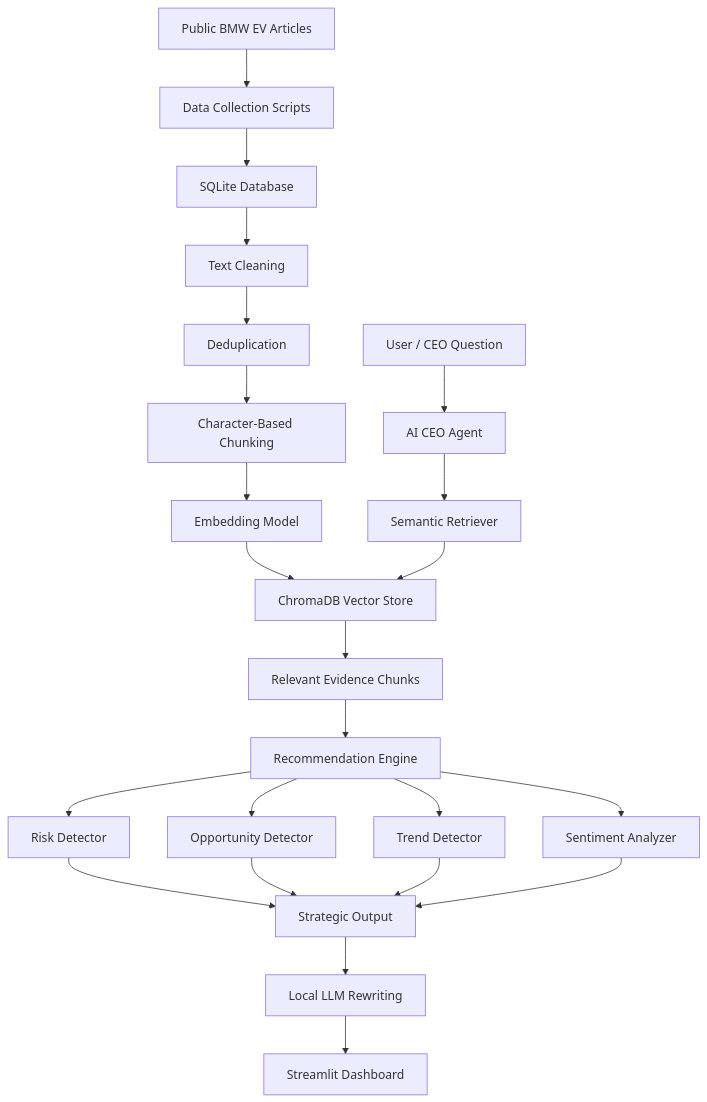
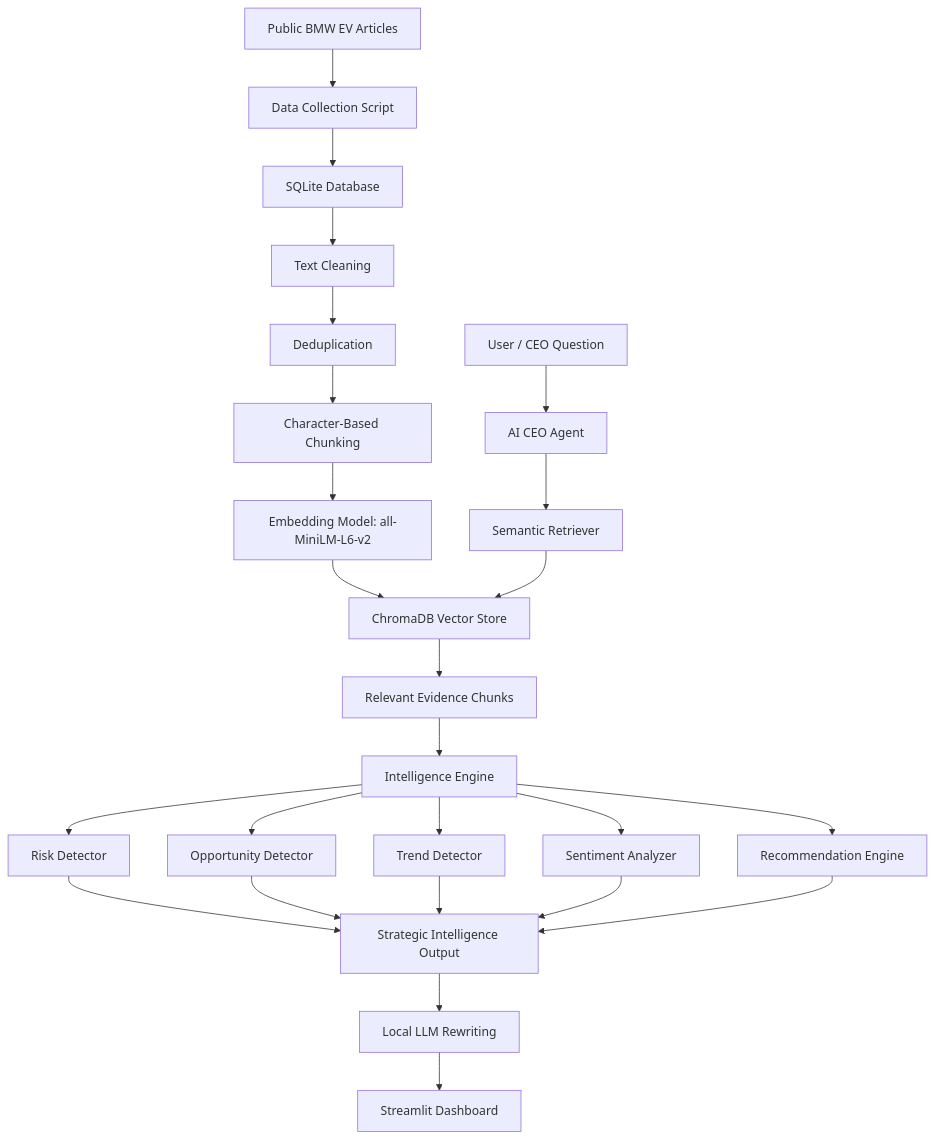
The first of 2 diagrams in README.md (KshitijaSatpute/ai-ceo-strategic-intelligence-agent-bmw), drawn with Mermaid before and after one commit. The commit also changed other lines of this file, not shown here.

Commit message:
Update README architecture documentation

````diff
--- a/README.md
+++ b/README.md
@@ -58,31 +83,33 @@
 ```mermaid
 flowchart TD
-    A[Public BMW EV Articles] --> B[Data Collection Scripts]
+    A[Public BMW EV Articles] --> B[Data Collection Script]
     B --> C[SQLite Database]
 
     C --> D[Text Cleaning]
     D --> E[Deduplication]
     E --> F[Character-Based Chunking]
 
-    F --> G[Embedding Model]
+    F --> G[Embedding Model: all-MiniLM-L6-v2]
     G --> H[ChromaDB Vector Store]
 
     I[User / CEO Question] --> J[AI CEO Agent]
     J --> K[Semantic Retriever]
     K --> H
     H --> L[Relevant Evidence Chunks]
 
-    L --> M[Recommendation Engine]
+    L --> M[Intelligence Engine]
     M --> N[Risk Detector]
     M --> O[Opportunity Detector]
     M --> P[Trend Detector]
     M --> Q[Sentiment Analyzer]
+    M --> R[Recommendation Engine]
 
-    N --> R[Strategic Output]
-    O --> R
-    P --> R
-    Q --> R
+    N --> S[Strategic Intelligence Output]
+    O --> S
+    P --> S
+    Q --> S
+    R --> S
 
-    R --> S[Local LLM Rewriting]
-    S --> T[Streamlit Dashboard]
+    S --> T[Local LLM Rewriting]
+    T --> U[Streamlit Dashboard]
 ```
````
